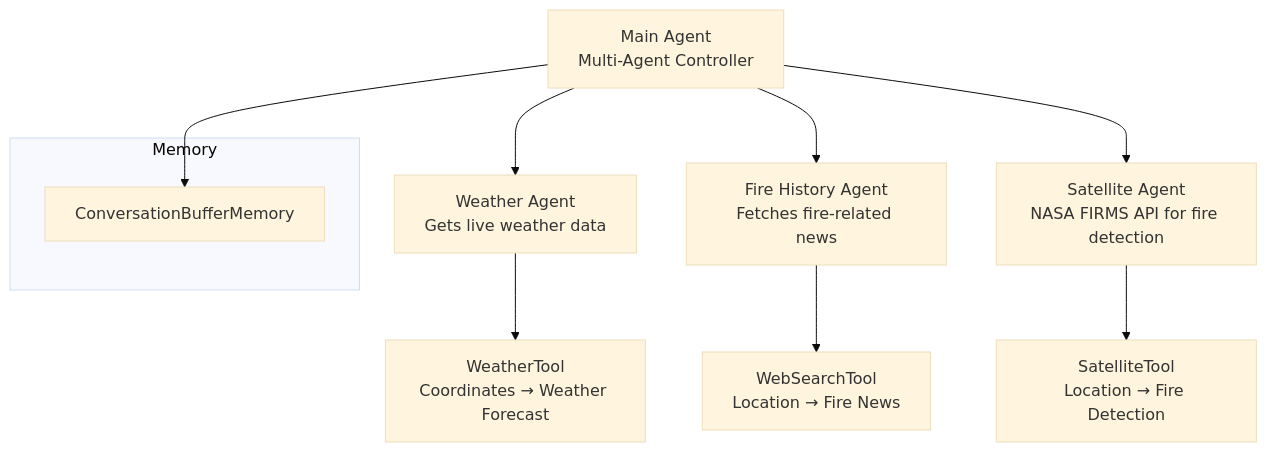
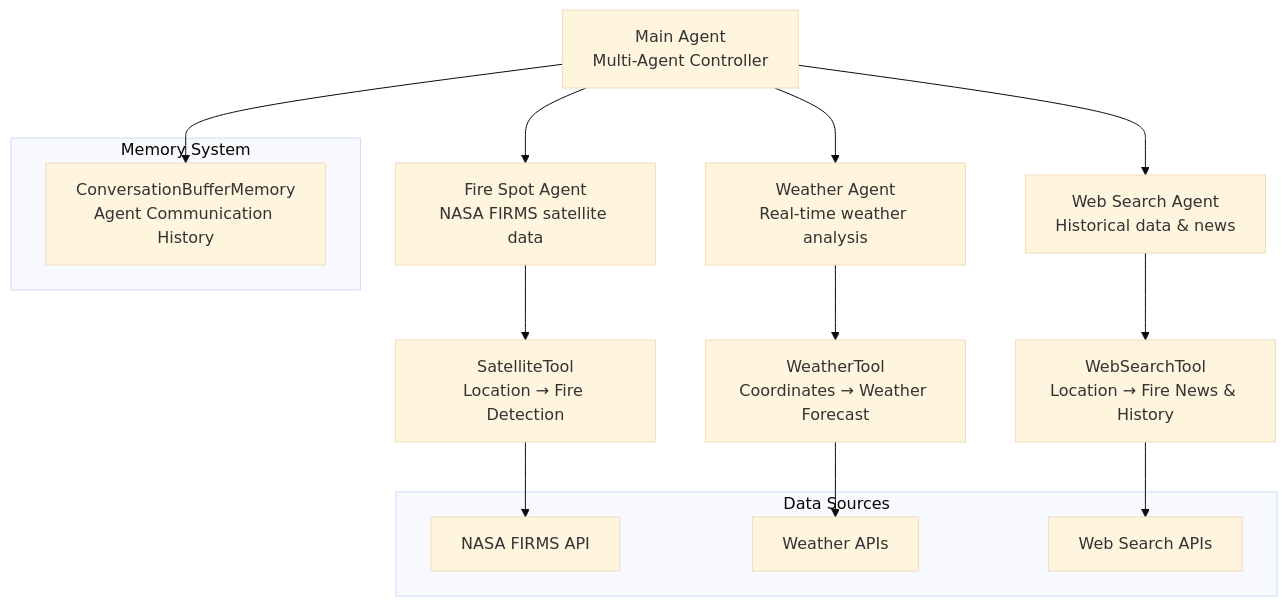
Before and after one commit to sjsreehari/PyroScan-AI: the diagram in README.md, drawn with Mermaid (base theme). The commit also changed other lines of this file and 2 other files, not shown here.

````diff
--- a/README.md
+++ b/README.md
@@ -31,16 +40,26 @@
 ```mermaid
 graph TD
-    A[Main Agent<br/>Multi-Agent Controller] --> B[Weather Agent<br/>Gets live weather data]
-    A --> C[Fire History Agent<br/>Fetches fire-related news]
-    A --> D[Satellite Agent<br/>NASA FIRMS API for fire detection]
-
-    B --> B1[WeatherTool<br/>Coordinates → Weather Forecast]
-    C --> C1[WebSearchTool<br/>Location → Fire News]
-    D --> D1[SatelliteTool<br/>Location → Fire Detection]
-
-    subgraph Memory
-        A2[ConversationBufferMemory]
+    A[ Main Agent<br/>Multi-Agent Controller] --> B[ Weather Agent<br/>Real-time weather analysis]
+    A --> C[ Web Search Agent<br/>Historical data & news]
+    A --> D[ Fire Spot Agent<br/>NASA FIRMS satellite data]
+    
+    B --> B1[ WeatherTool<br/>Coordinates → Weather Forecast]
+    C --> C1[ WebSearchTool<br/>Location → Fire News & History]
+    D --> D1[ SatelliteTool<br/>Location → Fire Detection]
+    
+    subgraph Memory System
+        A2[ ConversationBufferMemory<br/>Agent Communication History]
     end
-
+    
     A --> A2
+    
+    subgraph Data Sources
+        E[ NASA FIRMS API]
+        F[ Weather APIs]
+        G[ Web Search APIs]
+    end
+    
+    B1 --> F
+    C1 --> G
+    D1 --> E
 ```
````
